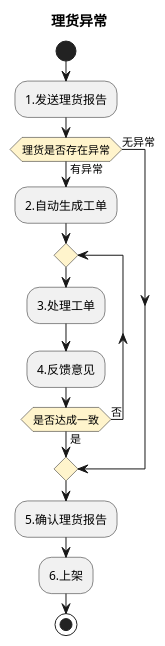
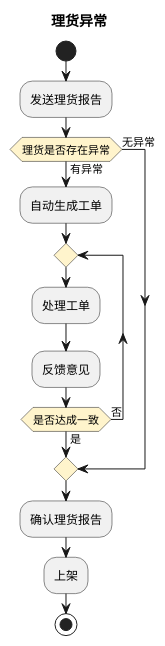
Before and after one commit to jack888332/projects-doc: the fourth of 7 diagrams in product-caliber/goldjet/segmented-prd/mainflow/PRD.高捷物流系统一期.主流程.09.异常处理流程.md, drawn with PlantUML. The commit also changed other lines of this file and 24 other files, not shown here.

````diff
--- a/product-caliber/goldjet/segmented-prd/mainflow/PRD.高捷物流系统一期.主流程.09.异常处理流程.md
+++ b/product-caliber/goldjet/segmented-prd/mainflow/PRD.高捷物流系统一期.主流程.09.异常处理流程.md
@@ -86,19 +86,19 @@
 ```plantuml
 @startuml goldjet-mainflow-09-9648187c-02
 skinparam activityDiamondBackgroundColor #FFF4CC
 title 理货异常
 start
-:1.发送理货报告;
+:发送理货报告;
 if (理货是否存在异常) then (有异常)
-  :2.自动生成工单;
+  :自动生成工单;
   repeat
-    :3.处理工单;
-    :4.反馈意见;
+    :处理工单;
+    :反馈意见;
   repeat while (是否达成一致) is (否) not (是)
 else (无异常)
 endif
-:5.确认理货报告;
-:6.上架;
+:确认理货报告;
+:上架;
 stop
 @enduml
 ```
````
